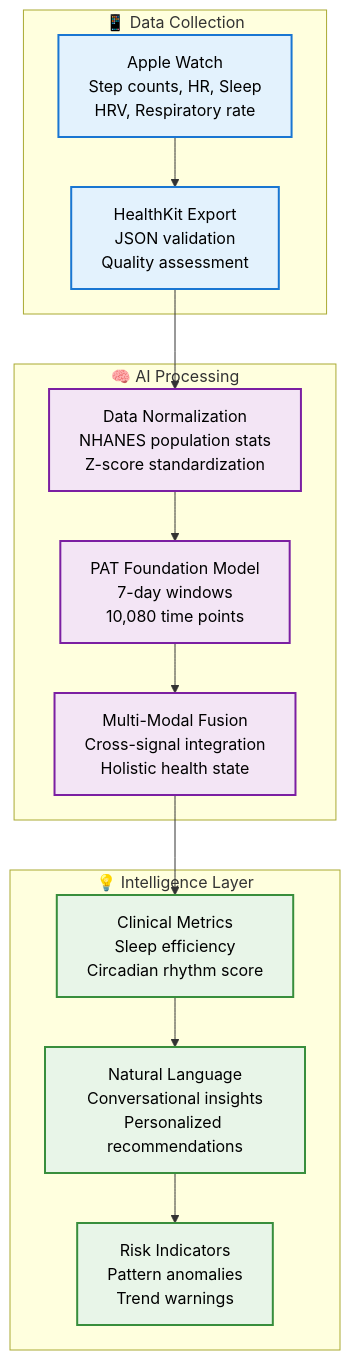
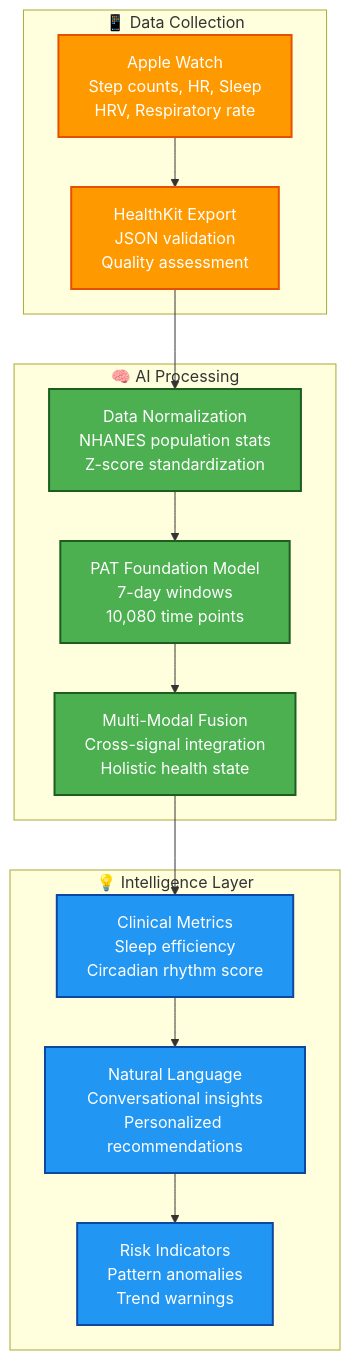
One commit to Clairty-Digital-Twin/clarity-loop-backend changed the first of 2 diagrams in docs/README.md. Above: the diagram before and after it, drawn with Mermaid. The commit also changed other lines of this file and 4 other files, not shown here.

````diff
--- a/docs/README.md
+++ b/docs/README.md
@@ -29,30 +29,30 @@
 ```mermaid
 graph TB
     subgraph DataCollection ["📱 Data Collection"]
         A[Apple Watch<br/>Step counts, HR, Sleep<br/>HRV, Respiratory rate]
         B[HealthKit Export<br/>JSON validation<br/>Quality assessment]
     end
     
     subgraph Processing ["🧠 AI Processing"]
         C[Data Normalization<br/>NHANES population stats<br/>Z-score standardization]
         D[PAT Foundation Model<br/>7-day windows<br/>10,080 time points]
         E[Multi-Modal Fusion<br/>Cross-signal integration<br/>Holistic health state]
     end
     
     subgraph Intelligence ["💡 Intelligence Layer"]
         F[Clinical Metrics<br/>Sleep efficiency<br/>Circadian rhythm score]
         G[Natural Language<br/>Conversational insights<br/>Personalized recommendations]
         H[Risk Indicators<br/>Pattern anomalies<br/>Trend warnings]
     end
     
     A --> B --> C --> D --> E
     E --> F --> G --> H
     
-    classDef collection fill:#e3f2fd,stroke:#1976d2,stroke-width:2px,color:black
-    classDef processing fill:#f3e5f5,stroke:#7b1fa2,stroke-width:2px,color:black
-    classDef intelligence fill:#e8f5e8,stroke:#388e3c,stroke-width:2px,color:black
+    classDef collection fill:#ff9900,stroke:#e65100,stroke-width:2px,color:white
+    classDef processing fill:#4caf50,stroke:#1b5e20,stroke-width:2px,color:white
+    classDef intelligence fill:#2196f3,stroke:#0d47a1,stroke-width:2px,color:white
     
     class A,B collection
     class C,D,E processing
     class F,G,H intelligence
 ```
````
